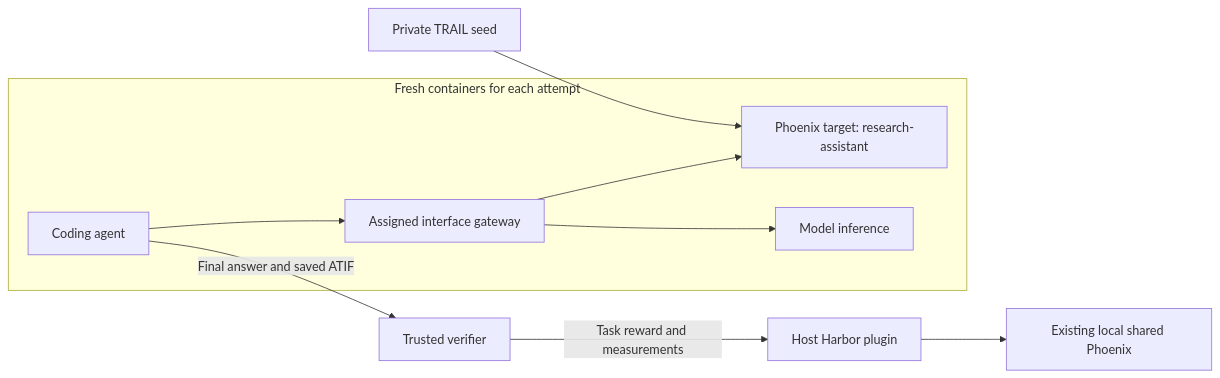
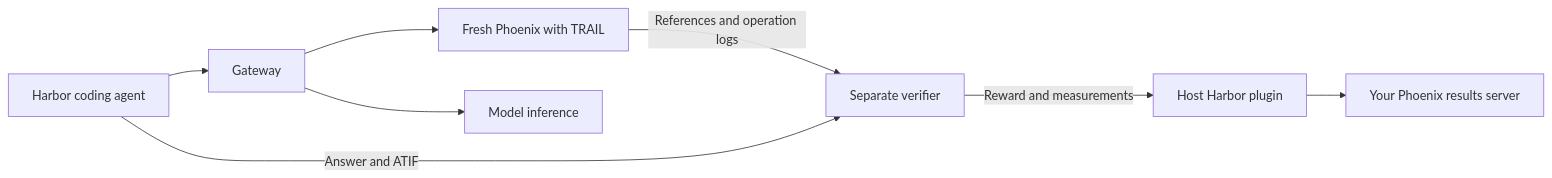
One commit to Arize-ai/phoenix changed the diagram in evals/mcp/README.md. Above: the diagram before and after it, drawn with Mermaid. The commit also changed other lines of this file and 107 other files, not shown here.

````diff
--- a/evals/mcp/README.md
+++ b/evals/mcp/README.md
@@ -16,12 +85,10 @@
 ```mermaid
 flowchart LR
-    Seed[Private TRAIL seed] --> Target
-    subgraph Trial[Fresh containers for each attempt]
-        Agent[Coding agent] --> Gateway[Assigned interface gateway]
-        Gateway --> Target[Phoenix target: research-assistant]
-        Gateway --> Provider[Model inference]
-    end
-    Agent -->|Final answer and saved ATIF| Verifier[Trusted verifier]
-    Verifier -->|Task reward and measurements| Plugin[Host Harbor plugin]
-    Plugin --> Results[Existing local shared Phoenix]
+    A[Harbor coding agent] --> G[Gateway]
+    G --> P[Fresh Phoenix with TRAIL]
+    G --> M[Model inference]
+    P -->|References and operation logs| V[Separate verifier]
+    A -->|Answer and ATIF| V
+    V -->|Reward and measurements| H[Host Harbor plugin]
+    H --> R[Your Phoenix results server]
 ```
````
